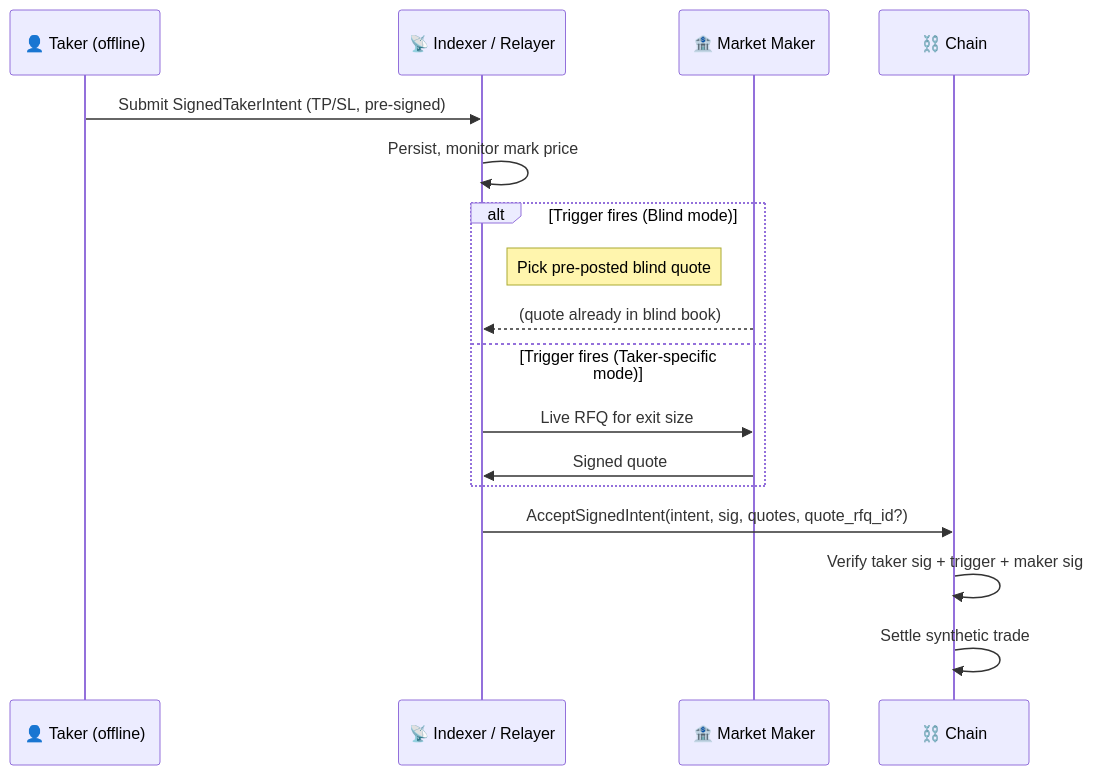
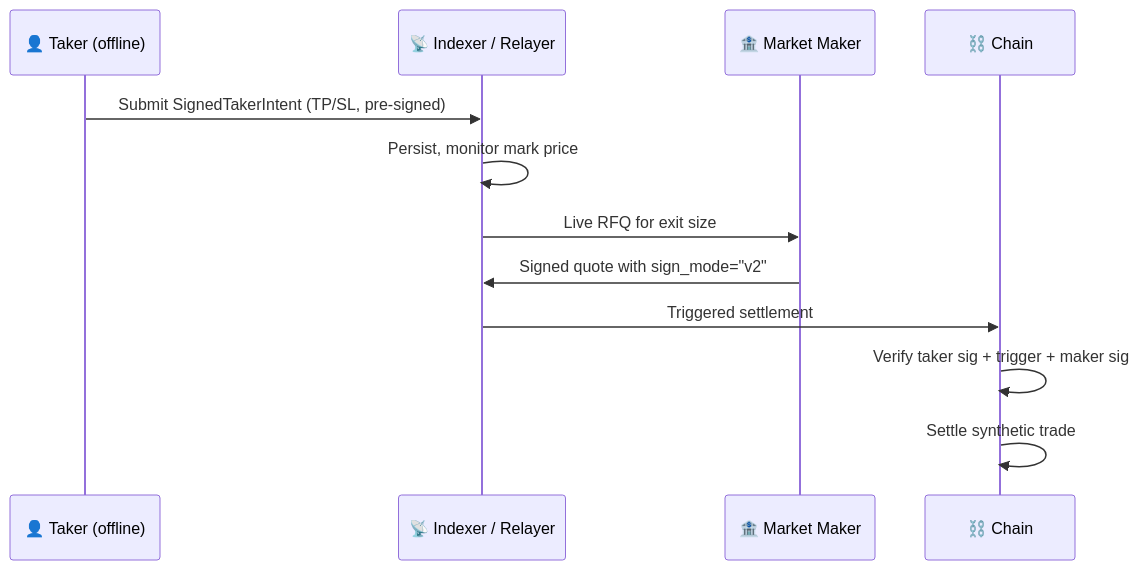
Before and after one commit to TrueCurrent/truecurrent-docs: the second of 2 diagrams in mintlify/market-makers/integration/protocol-reference.md, drawn with Mermaid. The commit also changed other lines of this file and 32 other files, not shown here.

````diff
--- a/mintlify/market-makers/integration/protocol-reference.md
+++ b/mintlify/market-makers/integration/protocol-reference.md
@@ -49,22 +50,17 @@
 ```mermaid
 sequenceDiagram
     participant Taker as 👤 Taker (offline)
     participant IDX as 📡 Indexer / Relayer
     participant MM as 🏦 Market Maker
     participant Chain as ⛓️ Chain
 
     Taker->>IDX: Submit SignedTakerIntent (TP/SL, pre-signed)
     IDX->>IDX: Persist, monitor mark price
 
-    alt Trigger fires (Blind mode)
-        Note right of IDX: Pick pre-posted blind quote
-        MM-->>IDX: (quote already in blind book)
-    else Trigger fires (Taker-specific mode)
-        IDX->>MM: Live RFQ for exit size
-        MM->>IDX: Signed quote
-    end
+    IDX->>MM: Live RFQ for exit size
+    MM->>IDX: Signed quote with sign_mode="v2"
 
-    IDX->>Chain: AcceptSignedIntent(intent, sig, quotes, quote_rfq_id?)
+    IDX->>Chain: Triggered settlement
     Chain->>Chain: Verify taker sig + trigger + maker sig
     Chain->>Chain: Settle synthetic trade
 ```
````
